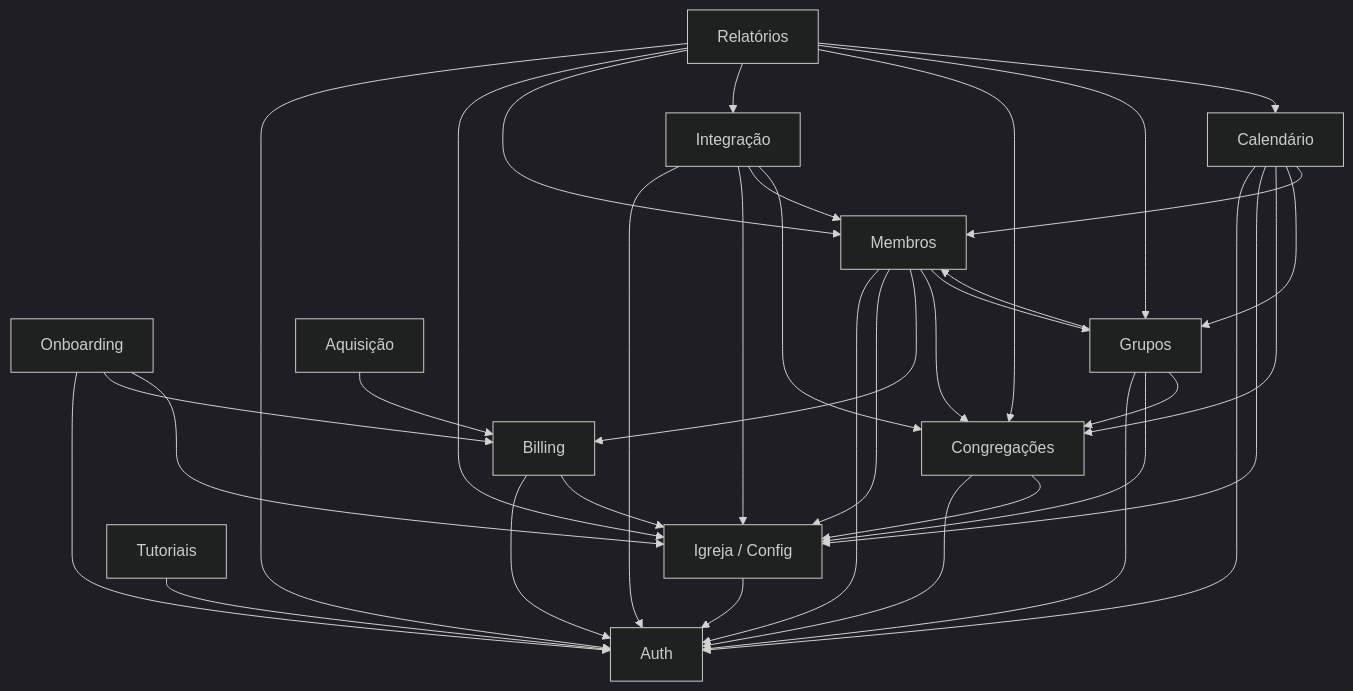
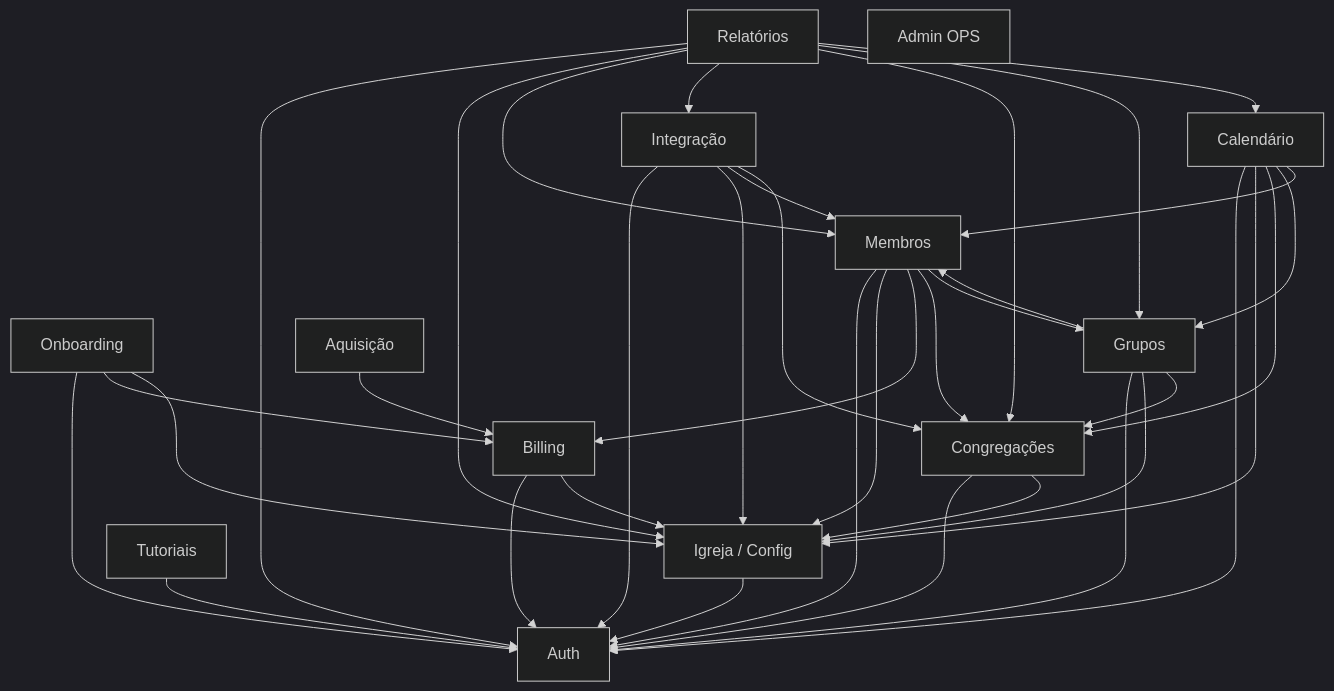
The diagram in docs/04_modulos/1-index.md (vinic-asouza/flock), drawn with Mermaid (dark theme) before and after one commit. The commit also changed other lines of this file and 16 other files, not shown here.

First line of the commit message:
docs(admin-ops): record fourth monorepo surface

````diff
--- a/docs/04_modulos/1-index.md
+++ b/docs/04_modulos/1-index.md
@@ -30,59 +31,60 @@
 ```mermaid
 graph TD
   AUTH[Auth]
   ONB[Onboarding]
   MEM[Membros]
   INT[Integração]
   CON[Congregações]
   GRP[Grupos]
   CAL[Calendário]
   REL[Relatórios]
   CFG[Igreja / Config]
   BILL[Billing]
   ACQ[Aquisição]
   TUT[Tutoriais]
+  OPS[Admin OPS]
 
   ONB --> AUTH
   ONB --> BILL
   ONB --> CFG
 
   MEM --> AUTH
   MEM --> CFG
   MEM --> BILL
   MEM --> CON
   MEM --> GRP
 
   INT --> AUTH
   INT --> CFG
   INT --> MEM
   INT --> CON
 
   CON --> AUTH
   CON --> CFG
 
   GRP --> AUTH
   GRP --> CFG
   GRP --> CON
   GRP --> MEM
 
   CAL --> AUTH
   CAL --> CFG
   CAL --> CON
   CAL --> GRP
   CAL --> MEM
 
   REL --> AUTH
   REL --> CFG
   REL --> MEM
   REL --> INT
   REL --> CON
   REL --> GRP
   REL --> CAL
 
   CFG --> AUTH
   BILL --> AUTH
   BILL --> CFG
 
   ACQ --> BILL
   TUT --> AUTH
 ```
````
